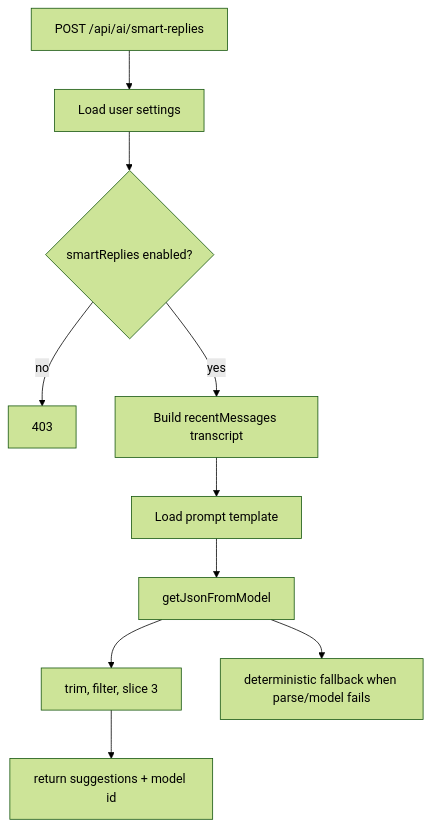
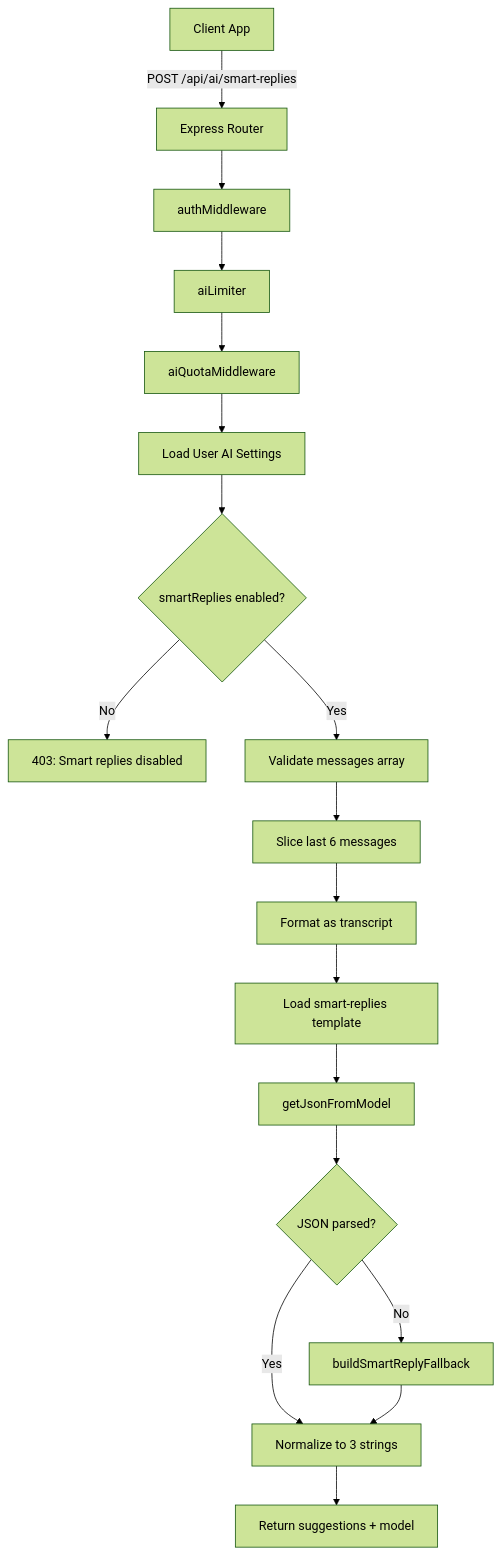
Before and after one commit to Ganesh172919/Backend_Practice: the first of 9 diagrams in docs/ai/08-smart-replies-flow.md, drawn with Mermaid (forest theme). The commit also changed other lines of this file and 6 other files, not shown here.

````diff
--- a/docs/ai/08-smart-replies-flow.md
+++ b/docs/ai/08-smart-replies-flow.md
@@ -41,12 +26,20 @@
 ```mermaid
-flowchart TD
-    Req["POST /api/ai/smart-replies"] --> Settings["Load user settings"]
-    Settings --> Gate{"smartReplies enabled?"}
-    Gate -- no --> Forbidden["403"]
-    Gate -- yes --> Prompt["Build recentMessages transcript"]
-    Prompt --> Template["Load prompt template"]
-    Template --> Model["getJsonFromModel"]
-    Model --> Normalize["trim, filter, slice 3"]
-    Normalize --> Response["return suggestions + model id"]
-    Model --> Fallback["deterministic fallback when parse/model fails"]
+graph TB
+    Client[Client App] -->|POST /api/ai/smart-replies| API[Express Router]
+    API --> Auth[authMiddleware]
+    Auth --> Limiter[aiLimiter]
+    Limiter --> Quota[aiQuotaMiddleware]
+    Quota --> Settings[Load User AI Settings]
+    Settings --> Gate{smartReplies enabled?}
+    Gate -->|No| Err403[403: Smart replies disabled]
+    Gate -->|Yes| Validate[Validate messages array]
+    Validate --> Slice[Slice last 6 messages]
+    Slice --> Format[Format as transcript]
+    Format --> Template[Load smart-replies template]
+    Template --> AI[getJsonFromModel]
+    AI --> Parse{JSON parsed?}
+    Parse -->|Yes| Normalize[Normalize to 3 strings]
+    Parse -->|No| Fallback[buildSmartReplyFallback]
+    Fallback --> Normalize
+    Normalize --> Response[Return suggestions + model]
 ```
````
